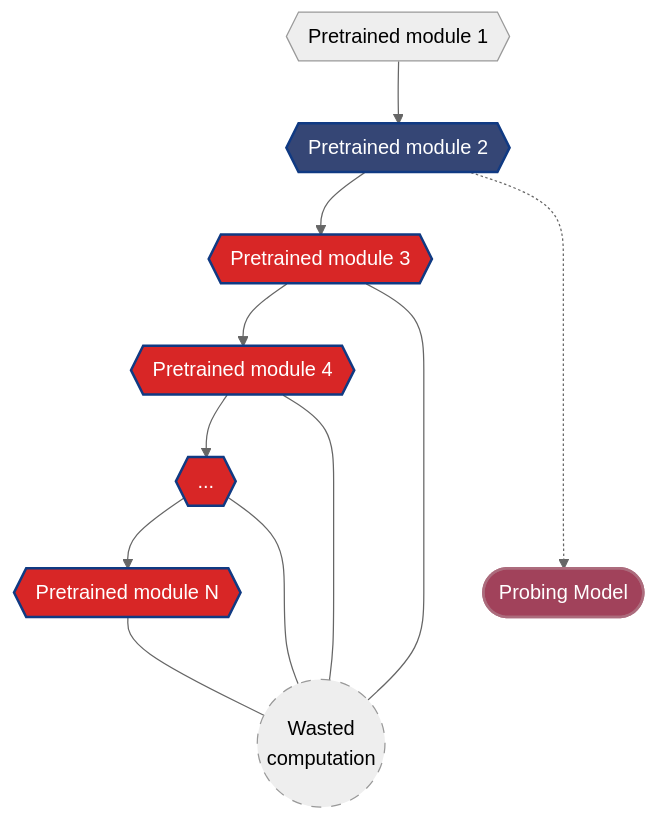
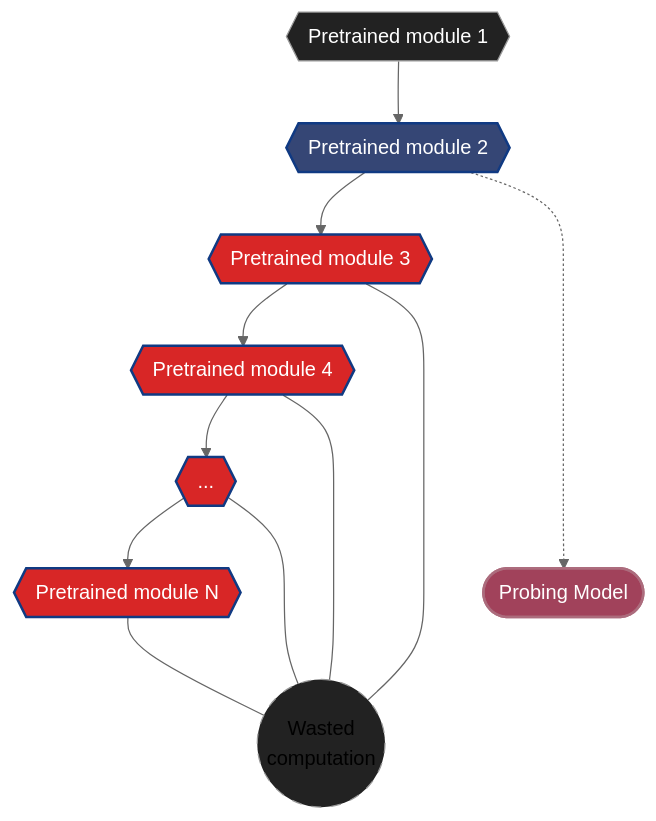
Before and after one commit to ulysses-camara/ulysses-curiosity: the third of 3 diagrams in README.md, drawn with Mermaid (neutral theme).

Commit message:
README: fix mermaid background color in pruning diagram

````diff
--- a/README.md
+++ b/README.md
@@ -394,33 +394,30 @@
 ```mermaid
 flowchart TB
 
 L1{{"Pretrained module 1"}} -->
 L2{{"Pretrained module 2"}} -->
 L3{{"Pretrained module 3"}} -->
 L4{{"Pretrained module 4"}} -->
 L5{{"..."}} -->
 L6{{"Pretrained module N"}}
 
 
 P1(["Probing Model"])
 
 L2 -....-> P1;
 L3 & L4 & L5 & L6 --- Waste(("Wasted\ncomputation"))
 
 
-classDef default color:white;
+classDef default fill:#222,color:white;
 
 style Waste stroke-style:dashed,stroke-dasharray:8,color:black;
-
-classDef clsBlackText color:black;
-class L1,Waste clsBlackText;
 
 classDef clsProbed fill:#354675,stroke:#103A83,stroke-width:2px;
 class L2 clsProbed;
 
 classDef clsProber fill:#A1425B,stroke:#AC6C7D,stroke-width:2px;
 class P1 clsProber;
 
 classDef clsWaste fill:#D82626,stroke:#103A83,stroke-width:2px;
 class L3,L4,L5,L6 clsWaste;
 ```
````
